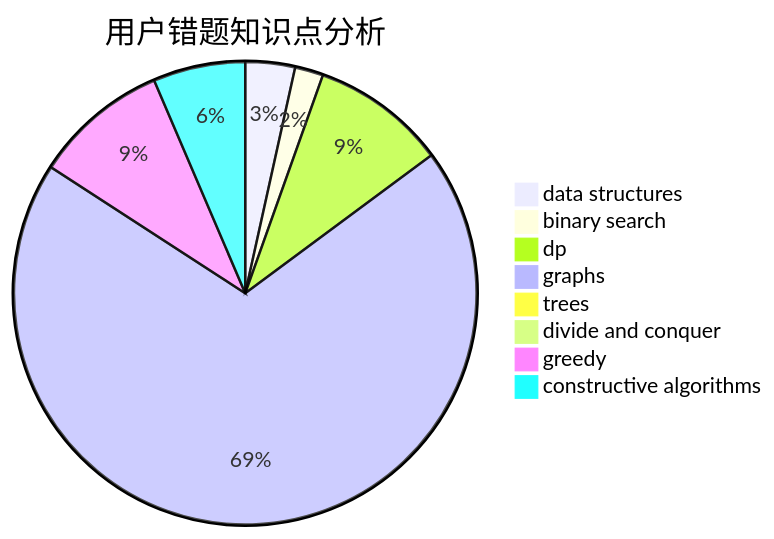
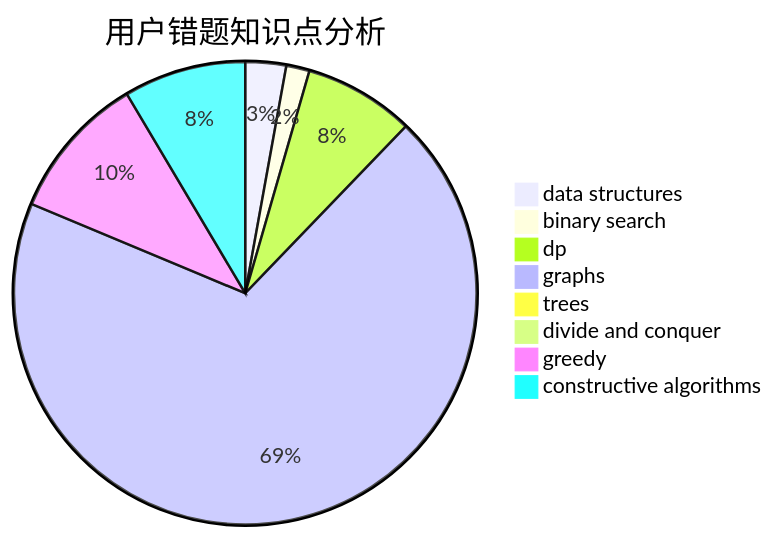
Before and after one commit to sherpahu/cfrs.github.io: the third of 3 diagrams in docs/user/u880.md, drawn with Mermaid. The commit also changed other lines of this file and 2770 other files, not shown here.

````diff
--- a/docs/user/u880.md
+++ b/docs/user/u880.md
@@ -36,11 +36,11 @@
 ```mermaid
 pie title 用户错题知识点分析
     "data structures" :  7
     "binary search" :  4
     "dp" :  19
-    "graphs" :  140
+    "graphs" :  170
     "trees" :  1
     "divide and conquer" :  1
-    "greedy" :  19
-    "constructive algorithms" :  13
+    "greedy" :  25
+    "constructive algorithms" :  21
 ```
````
